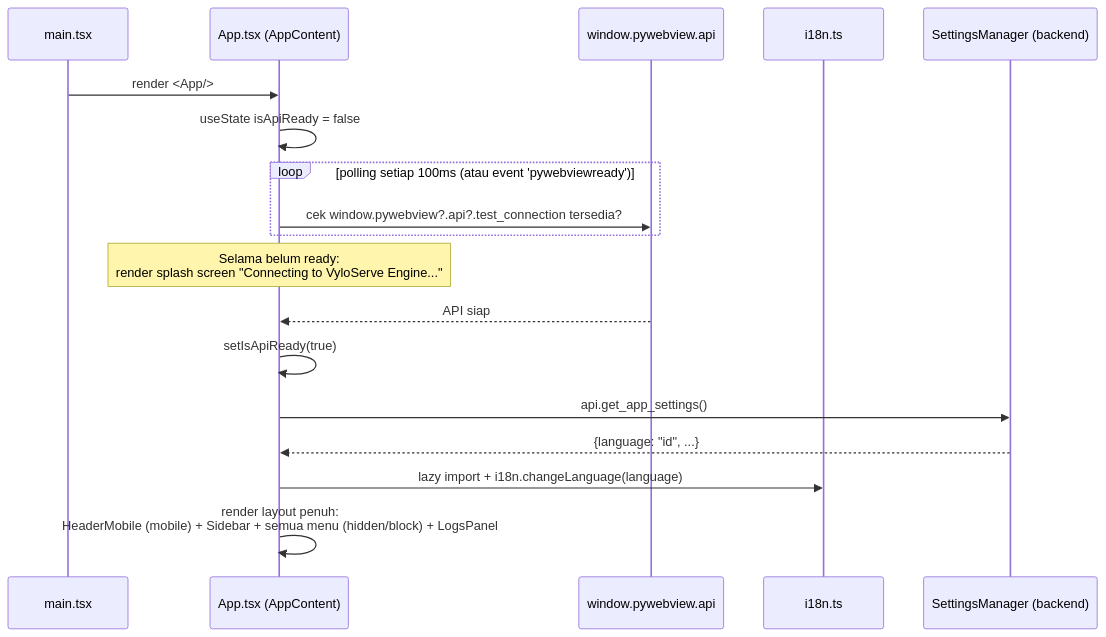
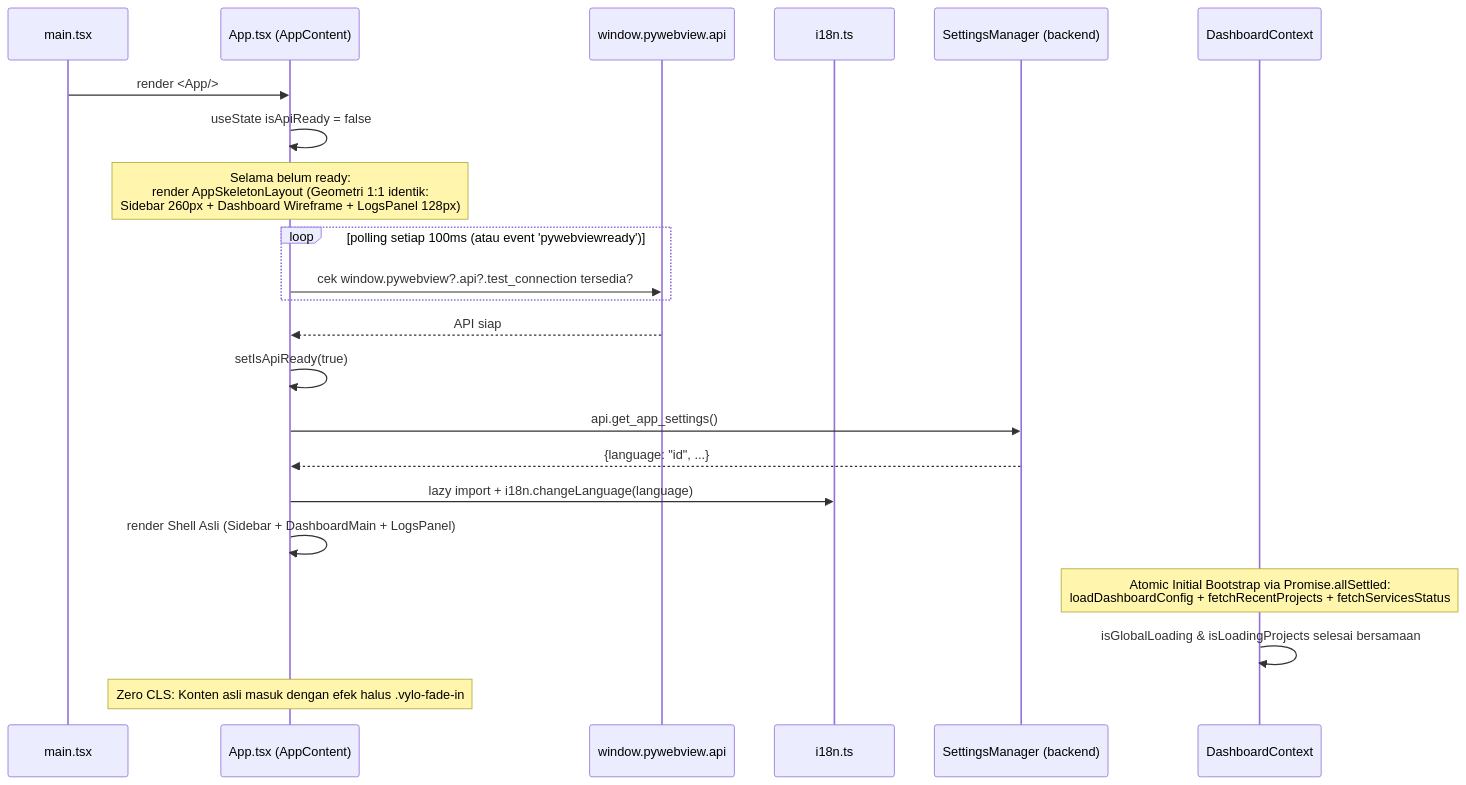
Before and after one commit to authntcG/vyloserve: the second of 9 diagrams in docs/frontend_ui.md, drawn with Mermaid. The commit also changed other lines of this file and 217 other files, not shown here.

````diff
--- a/docs/frontend_ui.md
+++ b/docs/frontend_ui.md
@@ -248,21 +267,25 @@
 ```mermaid
 sequenceDiagram
     participant Main as main.tsx
     participant App as App.tsx (AppContent)
     participant PyWV as window.pywebview.api
     participant I18n as i18n.ts
     participant Settings as SettingsManager (backend)
+    participant Dash as DashboardContext
 
     Main->>App: render <App/>
     App->>App: useState isApiReady = false
+    Note over App: Selama belum ready:<br/>render AppSkeletonLayout (Geometri 1:1 identik:<br/>Sidebar 260px + Dashboard Wireframe + LogsPanel 128px)
     loop polling setiap 100ms (atau event 'pywebviewready')
         App->>PyWV: cek window.pywebview?.api?.test_connection tersedia?
     end
-    Note over App: Selama belum ready:<br/>render splash screen "Connecting to VyloServe Engine..."
     PyWV-->>App: API siap
     App->>App: setIsApiReady(true)
     App->>Settings: api.get_app_settings()
     Settings-->>App: {language: "id", ...}
     App->>I18n: lazy import + i18n.changeLanguage(language)
-    App->>App: render layout penuh:<br/>HeaderMobile (mobile) + Sidebar + semua menu (hidden/block) + LogsPanel
+    App->>App: render Shell Asli (Sidebar + DashboardMain + LogsPanel)
+    Note over Dash: Atomic Initial Bootstrap via Promise.allSettled:<br/>loadDashboardConfig + fetchRecentProjects + fetchServicesStatus
+    Dash->>Dash: isGlobalLoading & isLoadingProjects selesai bersamaan
+    Note over App: Zero CLS: Konten asli masuk dengan efek halus .vylo-fade-in
 ```
````
